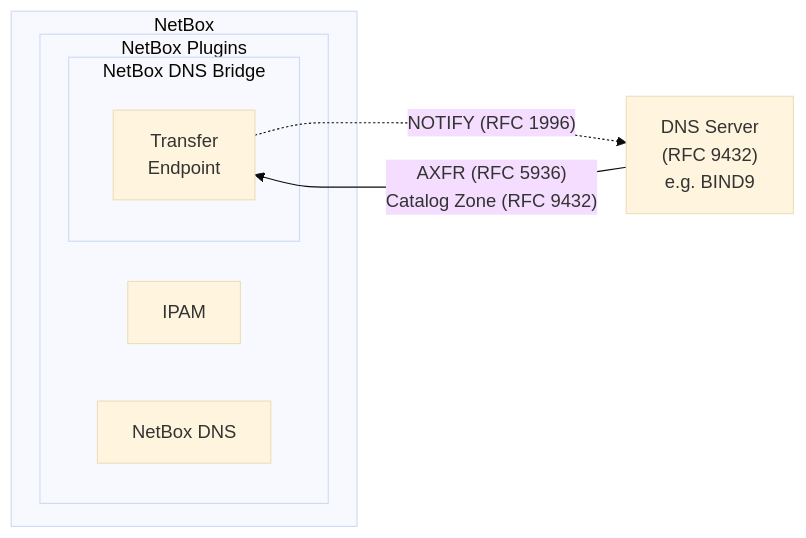
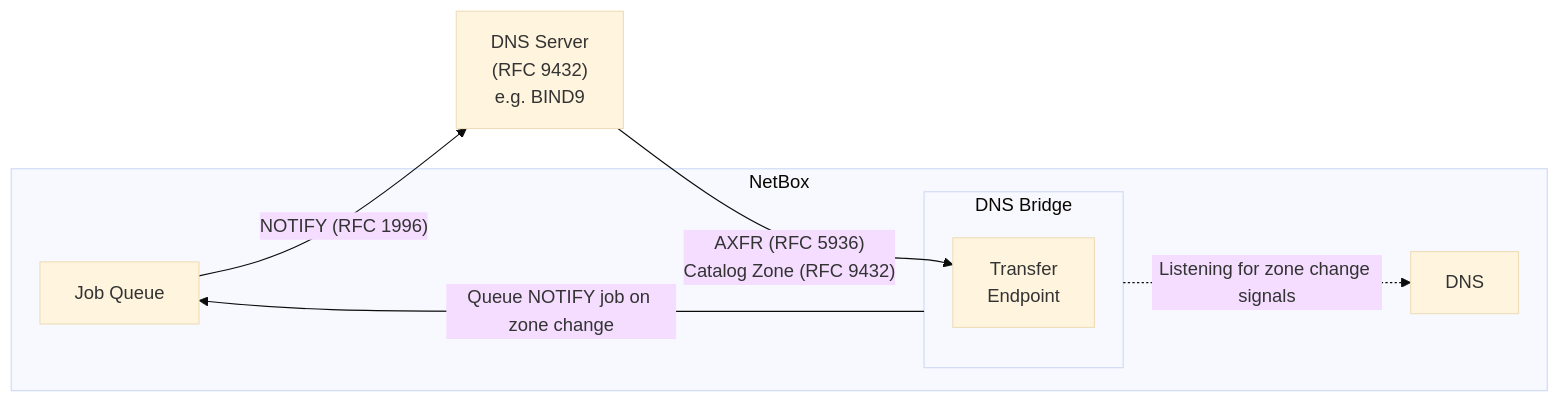
One commit to Suraxius/netbox-plugin-dns-bridge changed the diagram in README.md. Above: the diagram before and after it, drawn with Mermaid (base theme).

Commit message:
modified:   README.md

````diff
--- a/README.md
+++ b/README.md
@@ -60,17 +60,17 @@
 ```mermaid
 flowchart LR
     subgraph netbox ["NetBox"]
-        subgraph plugins ["NetBox Plugins"]
-            IPAM[IPAM]
-            DNS["NetBox DNS"]
-            subgraph bridge ["NetBox DNS Bridge"]
-                TE["Transfer<br/>Endpoint"]
-            end
+        DNS[DNS]
+        QUEUE["Job Queue"]
+        subgraph bridge ["DNS Bridge"]
+            TE["Transfer<br/>Endpoint"]
         end
     end
 
     DNSSRV["DNS Server<br/>(RFC 9432)<br/>e.g. BIND9"]
 
     DNSSRV -- "AXFR (RFC 5936)<br/>Catalog Zone (RFC 9432)" --> TE
-    TE -.->|"NOTIFY (RFC 1996)"| DNSSRV
+    bridge -.->|"Listening for zone change signals"| DNS
+    bridge -- "Queue NOTIFY job on zone change" --> QUEUE
+    QUEUE -- "NOTIFY (RFC 1996)" --> DNSSRV
 ```
````
